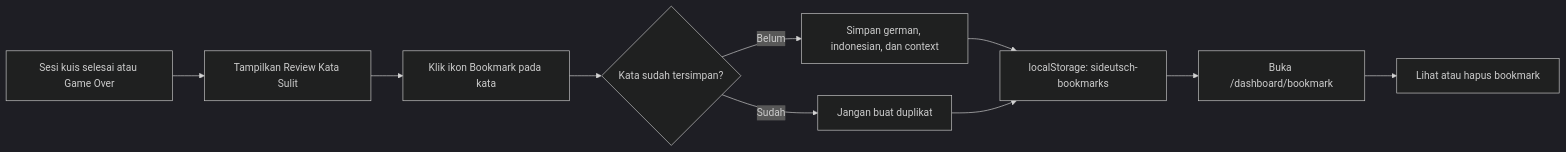
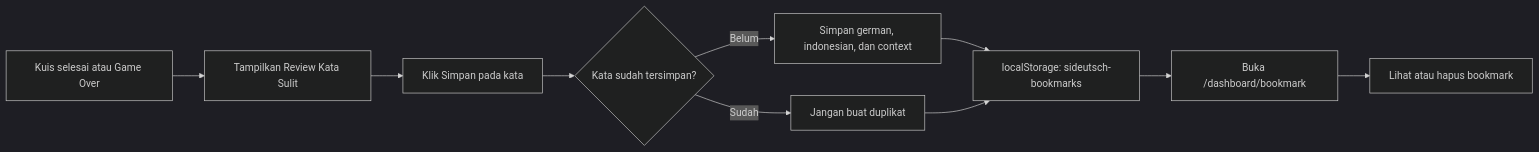
Before and after one commit to nandayudhistirawibowo/NdUniverse: the fourth of 6 diagrams in FLOWCHART.md, drawn with Mermaid (dark theme). The commit also changed other lines of this file and 2 other files, not shown here.

Commit message:
docs: sempurnakan PRD, ERD, dan FLOWCHART sesuai fitur final (TTS, Avatar, XP)

````diff
--- a/FLOWCHART.md
+++ b/FLOWCHART.md
@@ -62,12 +81,12 @@
 ```mermaid
 flowchart LR
-    A[Sesi kuis selesai atau Game Over] --> B[Tampilkan Review Kata Sulit]
-    B --> C[Klik ikon Bookmark pada kata]
+    A[Kuis selesai atau Game Over] --> B[Tampilkan Review Kata Sulit]
+    B --> C[Klik Simpan pada kata]
     C --> D{Kata sudah tersimpan?}
     D -->|Belum| E[Simpan german, indonesian, dan context]
     D -->|Sudah| F[Jangan buat duplikat]
     E --> G[localStorage: sideutsch-bookmarks]
     F --> G
     G --> H[Buka /dashboard/bookmark]
     H --> I[Lihat atau hapus bookmark]
 ```
````
